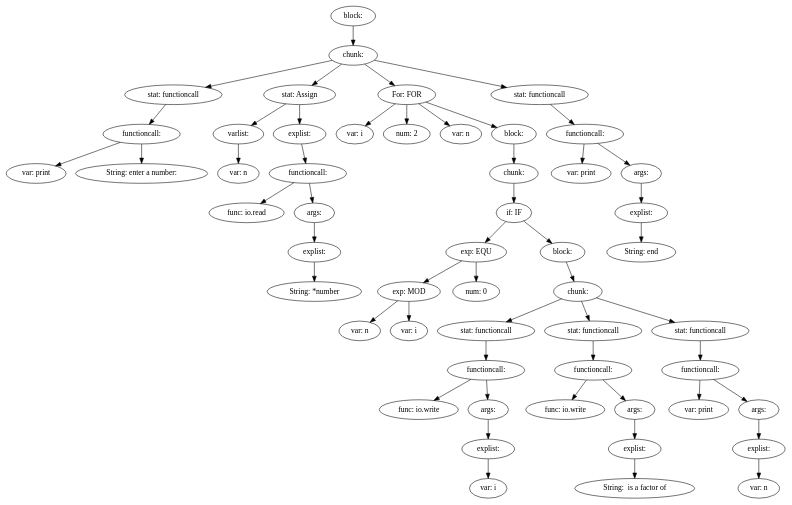
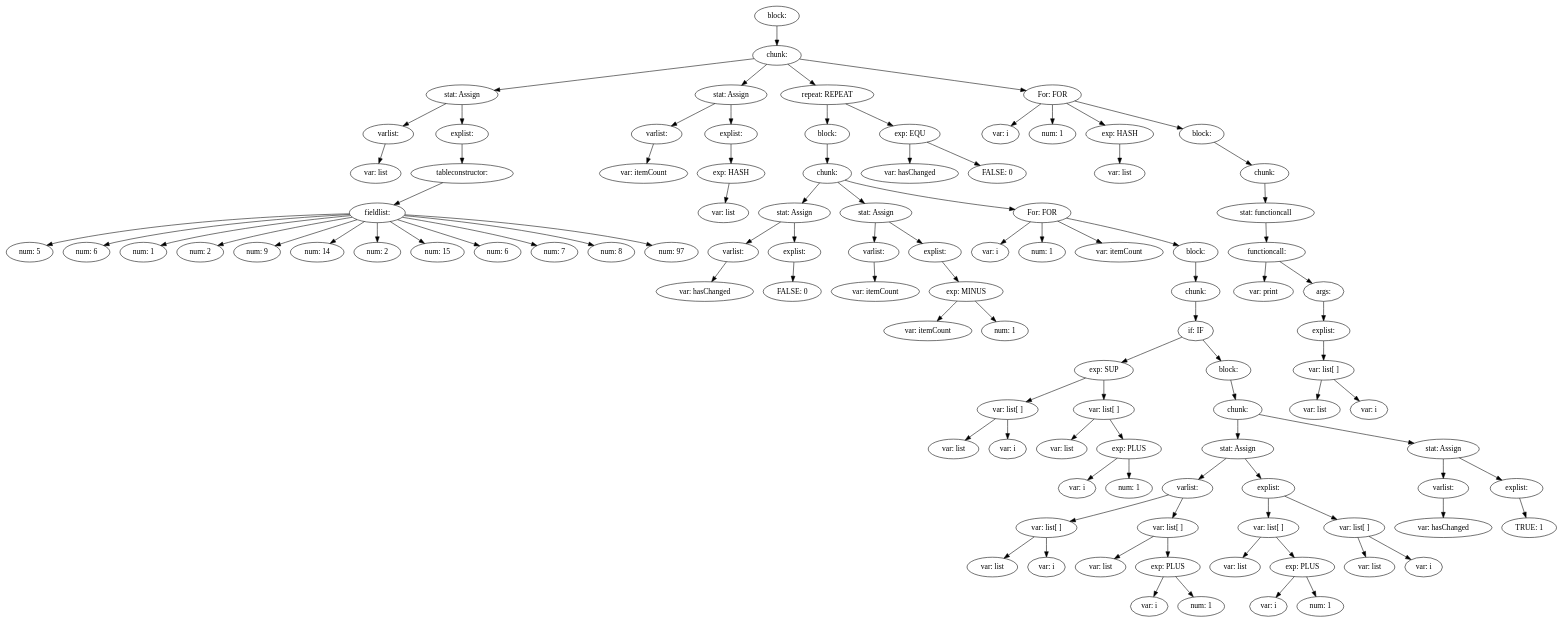
One commit to Inkaru/compiler changed the diagram in ass2/source.md. Above: the diagram before and after it, drawn with Graphviz. The commit also changed 8 other files, not shown here.

````diff
--- a/ass2/source.md
+++ b/ass2/source.md
@@ -1,109 +1,205 @@
 ```graphviz
 digraph {
-55 [label="block: "];
-55 -> 4
-4 [label="chunk: "];
-4 -> 3
-4 -> 14
-4 -> 48
-4 -> 54
-3 [label="stat: functioncall"];
+100 [label="block: "];
+100 -> 18
+18 [label="chunk: "];
+18 -> 17
+18 -> 24
+18 -> 84
+18 -> 99
+17 [label="stat: Assign"];
+17 -> 1
+17 -> 16
+1 [label="varlist: "];
+1 -> 0
+0 [label="var: list"];
+16 [label="explist: "];
+16 -> 15
+15 [label="tableconstructor: "];
+15 -> 3
+3 [label="fieldlist: "];
 3 -> 2
-2 [label="functioncall: "];
-2 -> 0
-2 -> 1
-0 [label="var: print"];
-1 [label="String: enter a number:"];
-14 [label="stat: Assign"];
-14 -> 6
-14 -> 13
-6 [label="varlist: "];
-6 -> 5
-5 [label="var: n"];
-13 [label="explist: "];
-13 -> 12
-12 [label="functioncall: "];
-12 -> 8
-12 -> 11
-8 [label="func: io.read"];
-11 [label="args: "];
-11 -> 10
-10 [label="explist: "];
-10 -> 9
-9 [label="String: *number"];
-48 [label="For: FOR"];
+3 -> 4
+3 -> 5
+3 -> 6
+3 -> 7
+3 -> 8
+3 -> 9
+3 -> 10
+3 -> 11
+3 -> 12
+3 -> 13
+3 -> 14
+2 [label="num: 5"];
+4 [label="num: 6"];
+5 [label="num: 1"];
+6 [label="num: 2"];
+7 [label="num: 9"];
+8 [label="num: 14"];
+9 [label="num: 2"];
+10 [label="num: 15"];
+11 [label="num: 6"];
+12 [label="num: 7"];
+13 [label="num: 8"];
+14 [label="num: 97"];
+24 [label="stat: Assign"];
+24 -> 20
+24 -> 23
+20 [label="varlist: "];
+20 -> 19
+19 [label="var: itemCount"];
+23 [label="explist: "];
+23 -> 22
+22 [label="exp: HASH"];
+22 -> 21
+21 [label="var: list"];
+84 [label="repeat: REPEAT"];
+84 -> 80
+84 -> 83
+80 [label="block: "];
+80 -> 30
+30 [label="chunk: "];
+30 -> 29
+30 -> 37
+30 -> 79
+29 [label="stat: Assign"];
+29 -> 26
+29 -> 28
+26 [label="varlist: "];
+26 -> 25
+25 [label="var: hasChanged"];
+28 [label="explist: "];
+28 -> 27
+27 [label="FALSE: 0"];
+37 [label="stat: Assign"];
+37 -> 32
+37 -> 36
+32 [label="varlist: "];
+32 -> 31
+31 [label="var: itemCount"];
+36 [label="explist: "];
+36 -> 35
+35 [label="exp: MINUS"];
+35 -> 33
+35 -> 34
+33 [label="var: itemCount"];
+34 [label="num: 1"];
+79 [label="For: FOR"];
+79 -> 78
+79 -> 38
+79 -> 39
+79 -> 77
+78 [label="var: i"];
+38 [label="num: 1"];
+39 [label="var: itemCount"];
+77 [label="block: "];
+77 -> 76
+76 [label="chunk: "];
+76 -> 75
+75 [label="if: IF"];
+75 -> 48
+75 -> 74
+48 [label="exp: SUP"];
+48 -> 42
 48 -> 47
-48 -> 15
-48 -> 16
-48 -> 46
-47 [label="var: i"];
-15 [label="num: 2"];
-16 [label="var: n"];
-46 [label="block: "];
+42 [label="var: list[ ]"];
+42 -> 40
+42 -> 41
+40 [label="var: list"];
+41 [label="var: i"];
+47 [label="var: list[ ]"];
+47 -> 43
+47 -> 46
+43 [label="var: list"];
+46 [label="exp: PLUS"];
+46 -> 44
 46 -> 45
-45 [label="chunk: "];
-45 -> 44
-44 [label="if: IF"];
-44 -> 21
-44 -> 43
-21 [label="exp: EQU"];
-21 -> 19
-21 -> 20
-19 [label="exp: MOD"];
-19 -> 17
-19 -> 18
-17 [label="var: n"];
-18 [label="var: i"];
-20 [label="num: 0"];
-43 [label="block: "];
-43 -> 29
-29 [label="chunk: "];
-29 -> 28
-29 -> 36
-29 -> 42
-28 [label="stat: functioncall"];
-28 -> 27
-27 [label="functioncall: "];
-27 -> 23
-27 -> 26
-23 [label="func: io.write"];
-26 [label="args: "];
-26 -> 25
-25 [label="explist: "];
-25 -> 24
-24 [label="var: i"];
-36 [label="stat: functioncall"];
-36 -> 35
-35 [label="functioncall: "];
-35 -> 31
-35 -> 34
-31 [label="func: io.write"];
-34 [label="args: "];
-34 -> 33
-33 [label="explist: "];
-33 -> 32
-32 [label="String:  is a factor of "];
-42 [label="stat: functioncall"];
-42 -> 41
-41 [label="functioncall: "];
-41 -> 37
-41 -> 40
-37 [label="var: print"];
-40 [label="args: "];
-40 -> 39
-39 [label="explist: "];
-39 -> 38
-38 [label="var: n"];
-54 [label="stat: functioncall"];
-54 -> 53
-53 [label="functioncall: "];
-53 -> 49
-53 -> 52
-49 [label="var: print"];
-52 [label="args: "];
+44 [label="var: i"];
+45 [label="num: 1"];
+74 [label="block: "];
+74 -> 68
+68 [label="chunk: "];
+68 -> 67
+68 -> 73
+67 [label="stat: Assign"];
+67 -> 52
+67 -> 63
+52 [label="varlist: "];
 52 -> 51
-51 [label="explist: "];
+52 -> 57
+51 [label="var: list[ ]"];
+51 -> 49
 51 -> 50
-50 [label="String: end"];
+49 [label="var: list"];
+50 [label="var: i"];
+57 [label="var: list[ ]"];
+57 -> 53
+57 -> 56
+53 [label="var: list"];
+56 [label="exp: PLUS"];
+56 -> 54
+56 -> 55
+54 [label="var: i"];
+55 [label="num: 1"];
+63 [label="explist: "];
+63 -> 62
+63 -> 66
+62 [label="var: list[ ]"];
+62 -> 58
+62 -> 61
+58 [label="var: list"];
+61 [label="exp: PLUS"];
+61 -> 59
+61 -> 60
+59 [label="var: i"];
+60 [label="num: 1"];
+66 [label="var: list[ ]"];
+66 -> 64
+66 -> 65
+64 [label="var: list"];
+65 [label="var: i"];
+73 [label="stat: Assign"];
+73 -> 70
+73 -> 72
+70 [label="varlist: "];
+70 -> 69
+69 [label="var: hasChanged"];
+72 [label="explist: "];
+72 -> 71
+71 [label="TRUE: 1"];
+83 [label="exp: EQU"];
+83 -> 81
+83 -> 82
+81 [label="var: hasChanged"];
+82 [label="FALSE: 0"];
+99 [label="For: FOR"];
+99 -> 98
+99 -> 85
+99 -> 87
+99 -> 97
+98 [label="var: i"];
+85 [label="num: 1"];
+87 [label="exp: HASH"];
+87 -> 86
+86 [label="var: list"];
+97 [label="block: "];
+97 -> 96
+96 [label="chunk: "];
+96 -> 95
+95 [label="stat: functioncall"];
+95 -> 94
+94 [label="functioncall: "];
+94 -> 88
+94 -> 93
+88 [label="var: print"];
+93 [label="args: "];
+93 -> 92
+92 [label="explist: "];
+92 -> 91
+91 [label="var: list[ ]"];
+91 -> 89
+91 -> 90
+89 [label="var: list"];
+90 [label="var: i"];
 }
 ```
````
